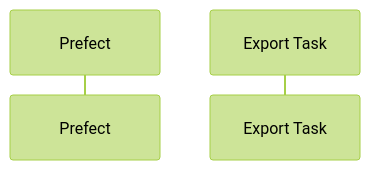
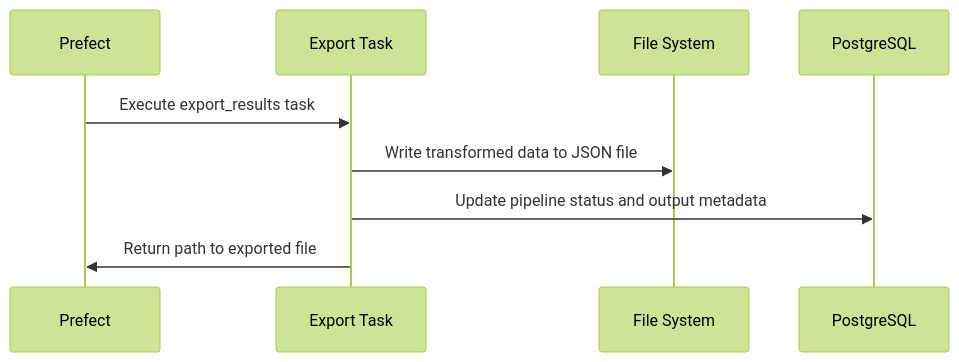
Before and after one commit to kyletaylored/datadog-data-jobs: the diagram in docs/pipeline/stage5-export.md, drawn with Mermaid (forest theme). The commit also changed other lines of this file, not shown here.

Commit message:
Update stage 5 export

````diff
--- a/docs/pipeline/stage5-export.md
+++ b/docs/pipeline/stage5-export.md
@@ -29,5 +28,12 @@
 ```mermaid
 sequenceDiagram
     participant P as Prefect
     participant E as Export Task
+    participant FS as File System
+    participant DB as PostgreSQL
+
+    P->>E: Execute export_results task
+    E->>FS: Write transformed data to JSON file
+    E->>DB: Update pipeline status and output metadata
+    E->>P: Return path to exported file
 ```
````
